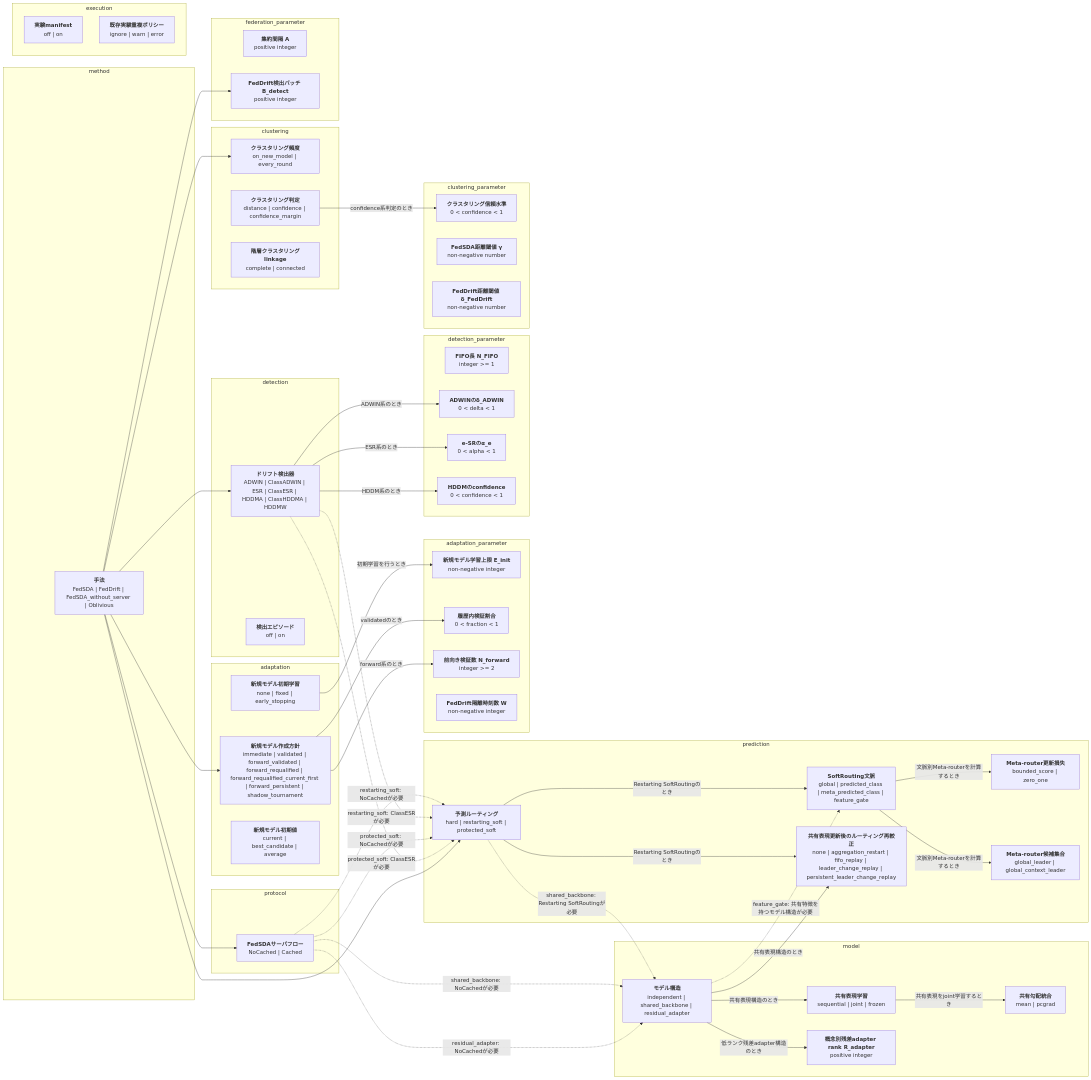
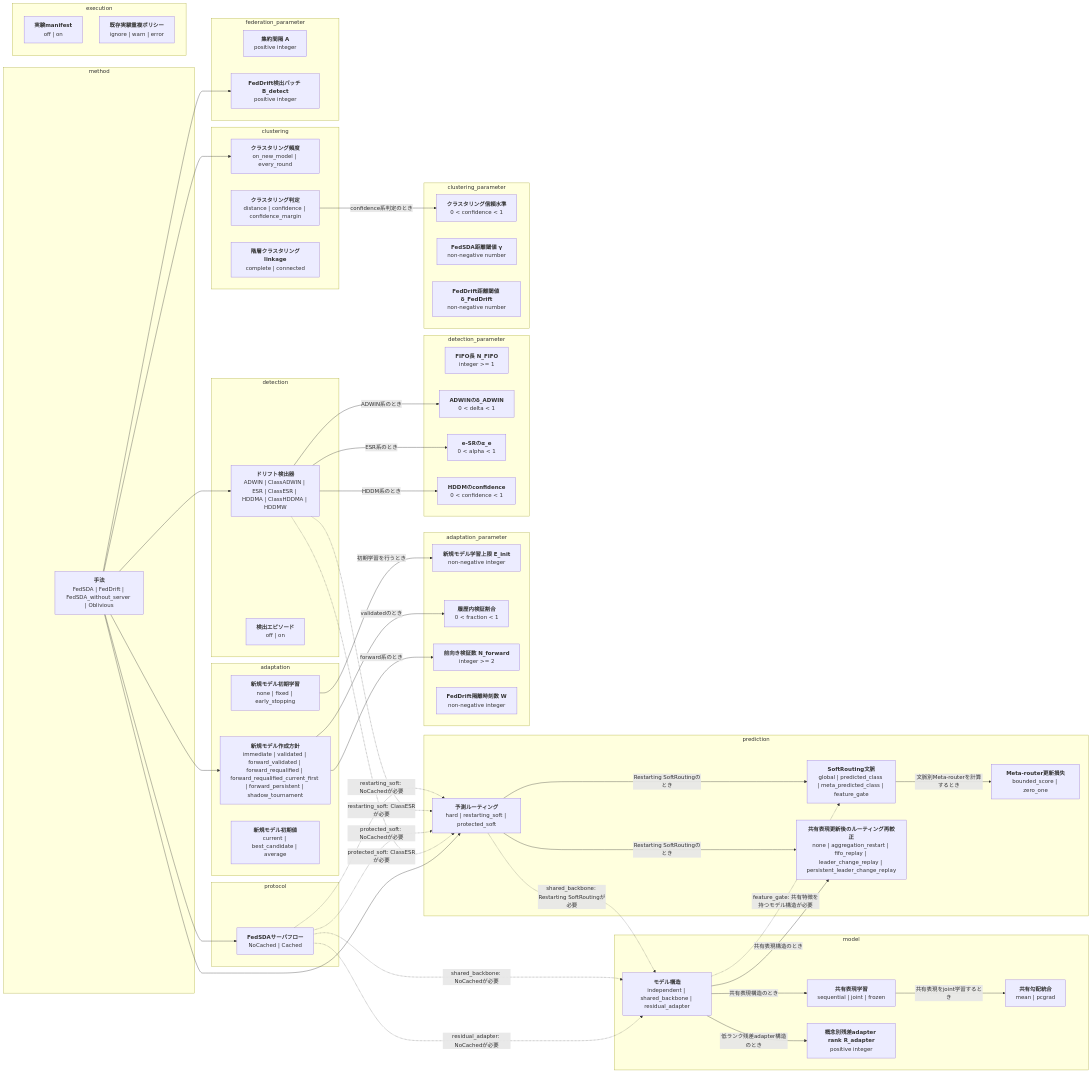
One commit to shimmen3141/FedSDA-experiment changed the first of 2 diagrams in docs/options.md. Above: the diagram before and after it, drawn with Mermaid. The commit also changed other lines of this file and 16 other files, not shown here.

```diff
--- a/docs/options.md
+++ b/docs/options.md
@@ -31,7 +31,6 @@
     routing["<b>予測ルーティング</b><br/>hard | restarting_soft | protected_soft"]
     soft_routing_context["<b>SoftRouting文脈</b><br/>global | predicted_class | meta_predicted_class | feature_gate"]
     soft_routing_meta_loss["<b>Meta-router更新損失</b><br/>bounded_score | zero_one"]
-    soft_routing_meta_candidates["<b>Meta-router候補集合</b><br/>global_leader | global_context_leader"]
     shared_backbone_routing_recalibration["<b>共有表現更新後のルーティング再較正</b><br/>none | aggregation_restart | fifo_replay | leader_change_replay | persistent_leader_change_replay"]
   end
   subgraph group_model[model]
@@ -77,7 +76,6 @@
   end
   routing -->|"Restarting SoftRoutingのとき"| soft_routing_context
   soft_routing_context -->|"文脈別Meta-routerを計算するとき"| soft_routing_meta_loss
-  soft_routing_context -->|"文脈別Meta-routerを計算するとき"| soft_routing_meta_candidates
   model_architecture -->|"共有表現構造のとき"| shared_backbone_training
   shared_backbone_training -->|"共有表現をjoint学習するとき"| shared_backbone_gradient_strategy
   model_architecture -->|"共有表現構造のとき"| shared_backbone_routing_recalibration
```
